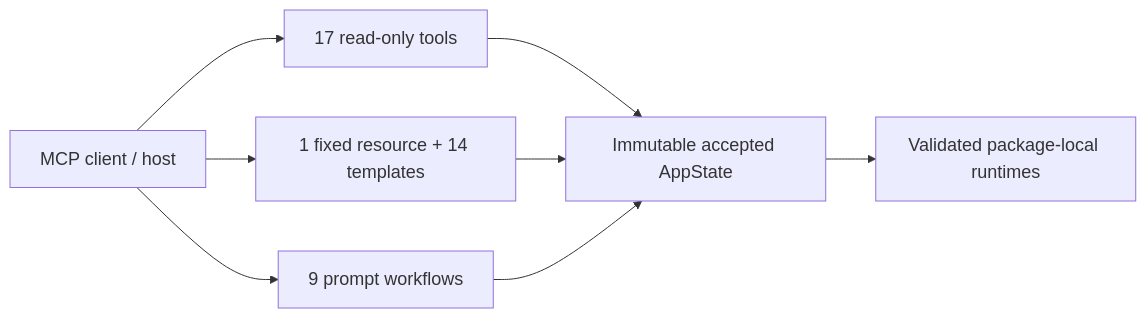
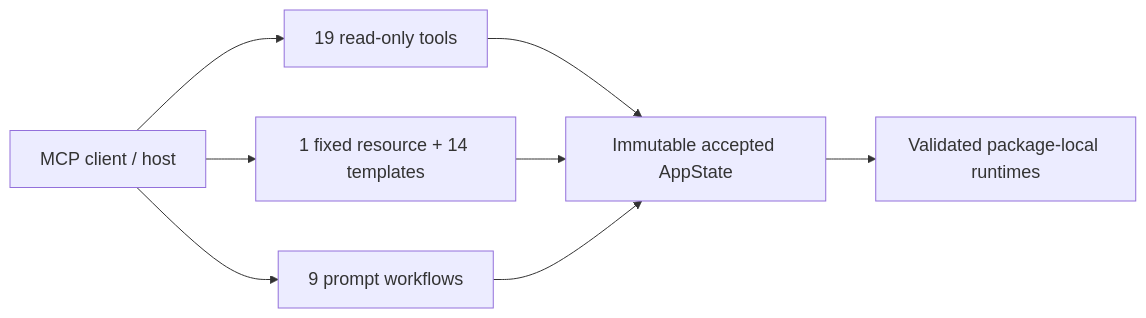
Before and after one commit to IDinsight/KGForEdGlobalMCP: the diagram in docs/reference/index.md, drawn with Mermaid. The commit also changed other lines of this file and 32 other files, not shown here.

Commit message:
docs(client-access): document 0.4.0 text results, evidence/workflow tools and Claude walkthrough

````diff
--- a/docs/reference/index.md
+++ b/docs/reference/index.md
@@ -22,11 +22,11 @@
 ```mermaid
 %%{init: {"themeVariables": {"fontSize": "18px"}}}%%
 flowchart LR
-    CLIENT[MCP client / host] --> TOOLS[17 read-only tools]
+    CLIENT[MCP client / host] --> TOOLS[19 read-only tools]
     CLIENT --> RES[1 fixed resource + 14 templates]
     CLIENT --> PROMPTS[9 prompt workflows]
     TOOLS --> STATE[Immutable accepted AppState]
     RES --> STATE
     PROMPTS --> STATE
     STATE --> PKG[Validated package-local runtimes]
 ```
````
